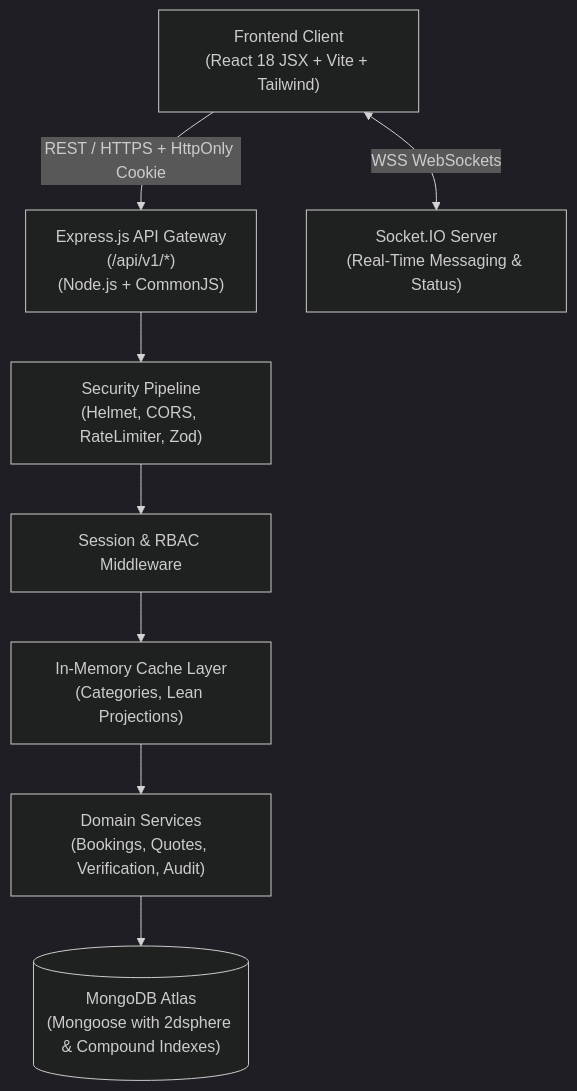
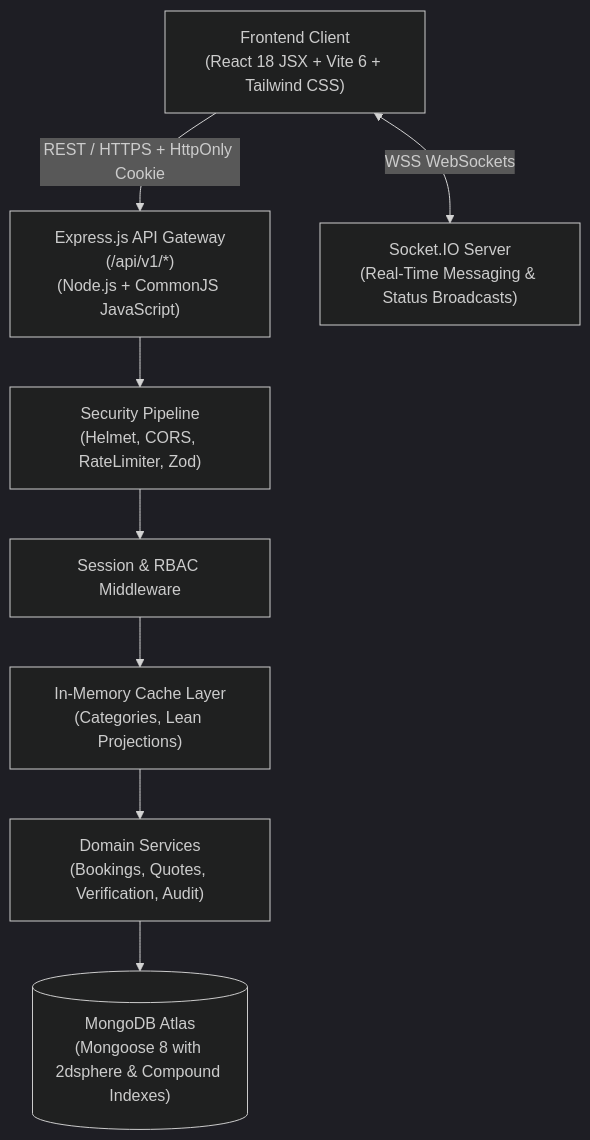
Before and after one commit to petersisay/lehulu: the first of 2 diagrams in README.md, drawn with Mermaid (dark theme). The commit also changed other lines of this file, not shown here.

Commit message:
docs: upgrade README.md with pure JavaScript MERN architecture and live verification

````diff
--- a/README.md
+++ b/README.md
@@ -42,10 +53,10 @@
 ```mermaid
 flowchart TD
-    Client["Frontend Client\n(React 18 JSX + Vite + Tailwind)"] -->|REST / HTTPS + HttpOnly Cookie| Gateway["Express.js API Gateway\n(/api/v1/*)\n(Node.js + CommonJS)"]
-    Client <-->|WSS WebSockets| SocketServer["Socket.IO Server\n(Real-Time Messaging & Status)"]
+    Client["Frontend Client\n(React 18 JSX + Vite 6 + Tailwind CSS)"] -->|REST / HTTPS + HttpOnly Cookie| Gateway["Express.js API Gateway\n(/api/v1/*)\n(Node.js + CommonJS JavaScript)"]
+    Client <-->|WSS WebSockets| SocketServer["Socket.IO Server\n(Real-Time Messaging & Status Broadcasts)"]
     Gateway --> Security["Security Pipeline\n(Helmet, CORS, RateLimiter, Zod)"]
     Security --> AuthMW["Session & RBAC Middleware"]
     AuthMW --> Cache["In-Memory Cache Layer\n(Categories, Lean Projections)"]
     Cache --> Services["Domain Services\n(Bookings, Quotes, Verification, Audit)"]
-    Services --> DB[("MongoDB Atlas\n(Mongoose with 2dsphere & Compound Indexes)")]
+    Services --> DB[("MongoDB Atlas\n(Mongoose 8 with 2dsphere & Compound Indexes)")]
 ```
````
